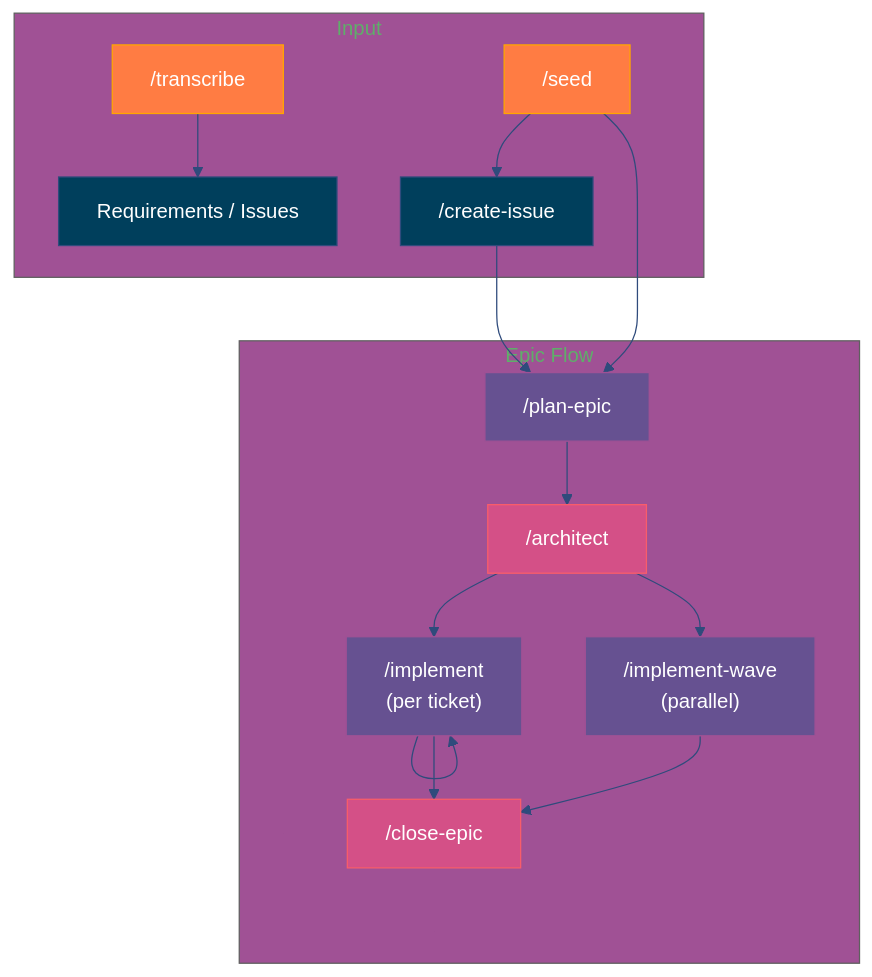
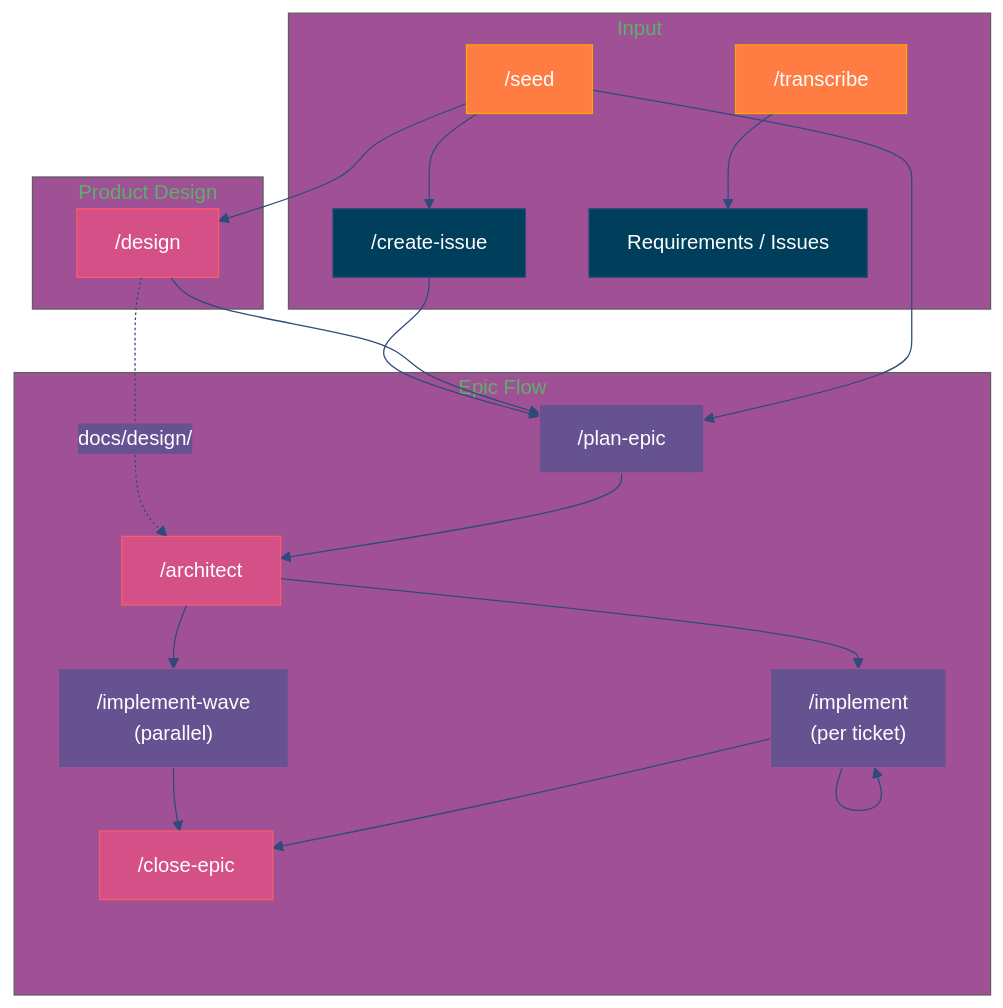
The first of 3 diagrams in README.md (plwp/chief-wiggum), drawn with Mermaid before and after one commit. The commit also changed other lines of this file and 7 other files, not shown here.

First line of the commit message:
feat: add /design skill — product design stage between /seed and /architect (#22)

````diff
--- a/README.md
+++ b/README.md
@@ -71,34 +76,41 @@
 ```mermaid
 %%{init: {'theme': 'base', 'themeVariables': {'primaryColor': '#003f5c', 'primaryTextColor': '#fff', 'primaryBorderColor': '#2f4b7c', 'secondaryColor': '#665191', 'tertiaryColor': '#a05195', 'lineColor': '#2f4b7c', 'textColor': '#333'}}}%%
 graph TD
     subgraph "Input"
         A["/transcribe"]:::entry
         B["/seed"]:::entry
         C["/create-issue"]:::default
         D["Requirements / Issues"]:::default
+    end
+
+    subgraph "Product Design"
+        N["/design"]:::new
     end
 
     subgraph "Epic Flow"
         E["/plan-epic"]:::modified
         F["/architect"]:::new
         G["/implement<br/>(per ticket)"]:::modified
         W["/implement-wave<br/>(parallel)"]:::modified
         H["/close-epic"]:::new
     end
 
     A --> D
     B --> C
     B --> E
+    B --> N
+    N --> E
     C --> E
     E --> F
+    N -.->|"docs/design/"| F
     F --> G
     F --> W
     G --> G
     G --> H
     W --> H
 
     classDef entry fill:#ff7c43,stroke:#ffa600,color:#fff
     classDef default fill:#003f5c,stroke:#2f4b7c,color:#fff
     classDef modified fill:#665191,stroke:#a05195,color:#fff
     classDef new fill:#d45087,stroke:#f95d6a,color:#fff
 ```
````
